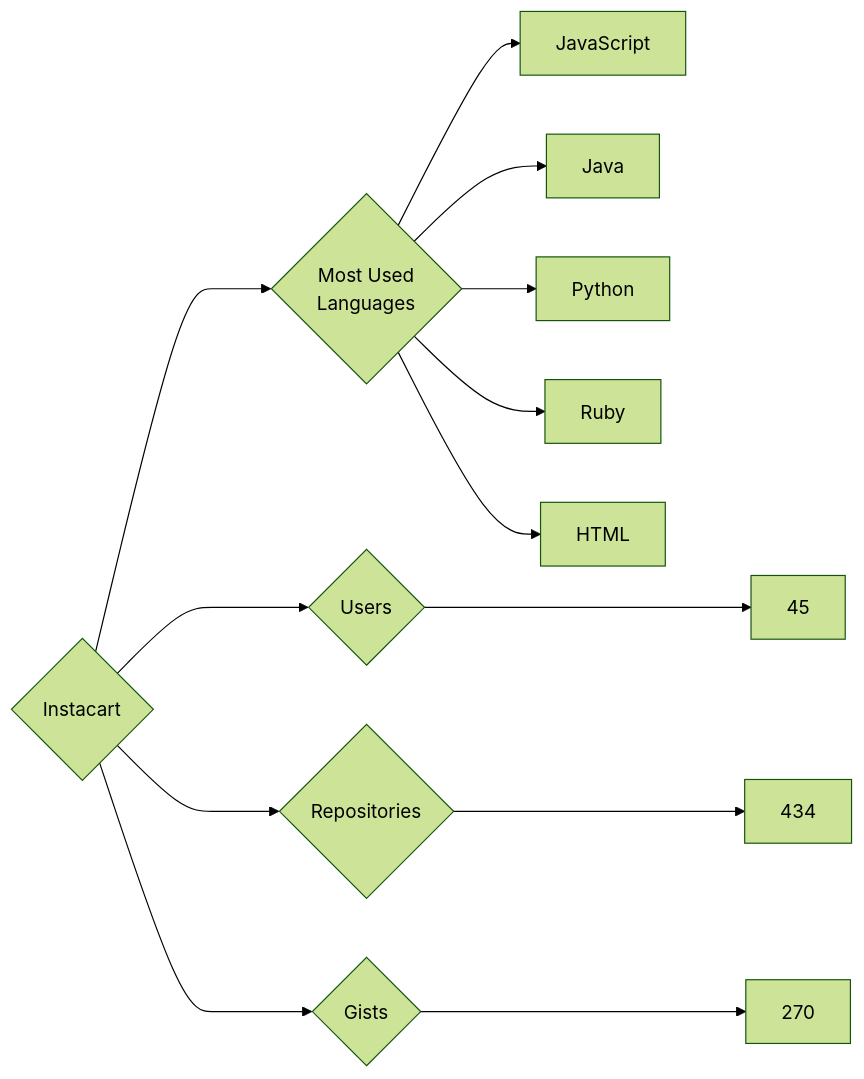
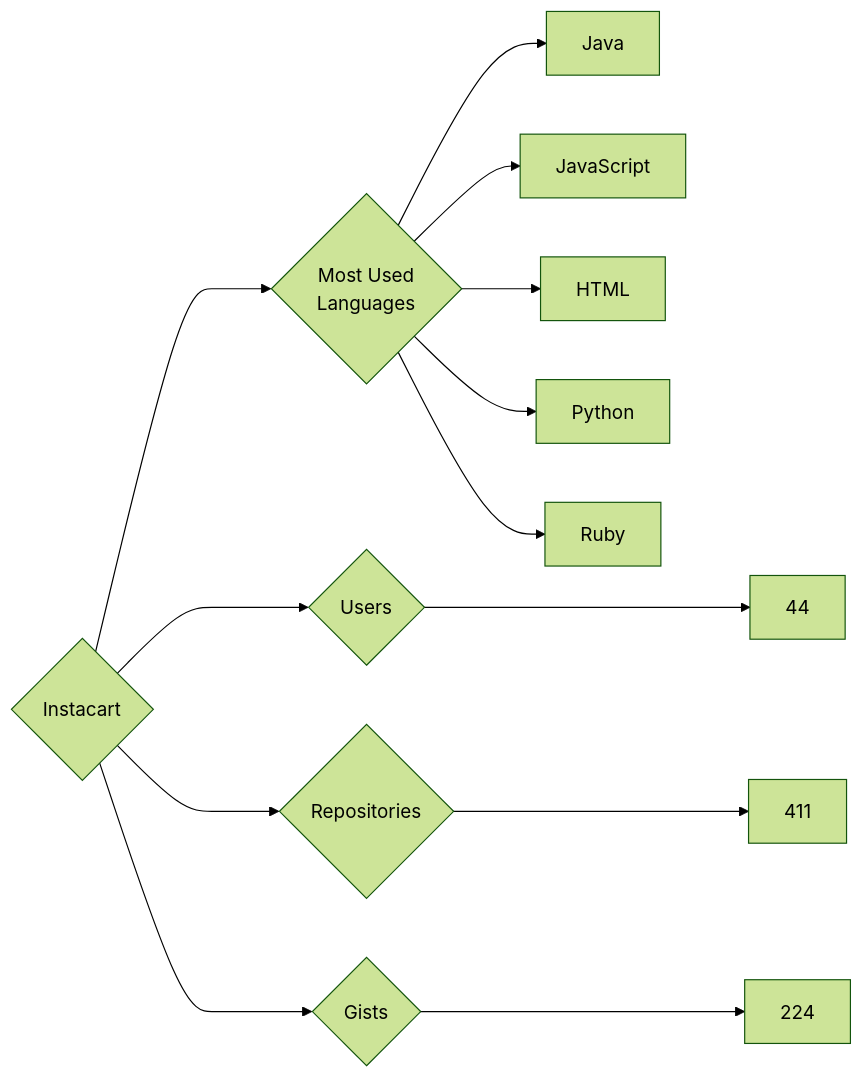
One commit to trickest/insiders changed the diagram in targets/Instacart/README.md. Above: the diagram before and after it, drawn with Mermaid (forest theme). The commit also changed 927 other files, not shown here.

````diff
--- a/targets/Instacart/README.md
+++ b/targets/Instacart/README.md
@@ -3,13 +3,13 @@
 ```mermaid
 graph LR
 COMPANY_NAME{Instacart}
-COMPANY_NAME ---> U{Users} ---> UN[45]
-COMPANY_NAME ---> R{Repositories} ---> RN[434]
-COMPANY_NAME ---> G{Gists} ---> GN[270]
+COMPANY_NAME ---> U{Users} ---> UN[44]
+COMPANY_NAME ---> R{Repositories} ---> RN[411]
+COMPANY_NAME ---> G{Gists} ---> GN[224]
 COMPANY_NAME ---> ML{Most Used<br>Languages}
+ML --> Java[Java]
 ML --> JavaScript[JavaScript]
-ML --> Java[Java]
+ML --> HTML[HTML]
 ML --> Python[Python]
 ML --> Ruby[Ruby]
-ML --> HTML[HTML]
 ```
````
